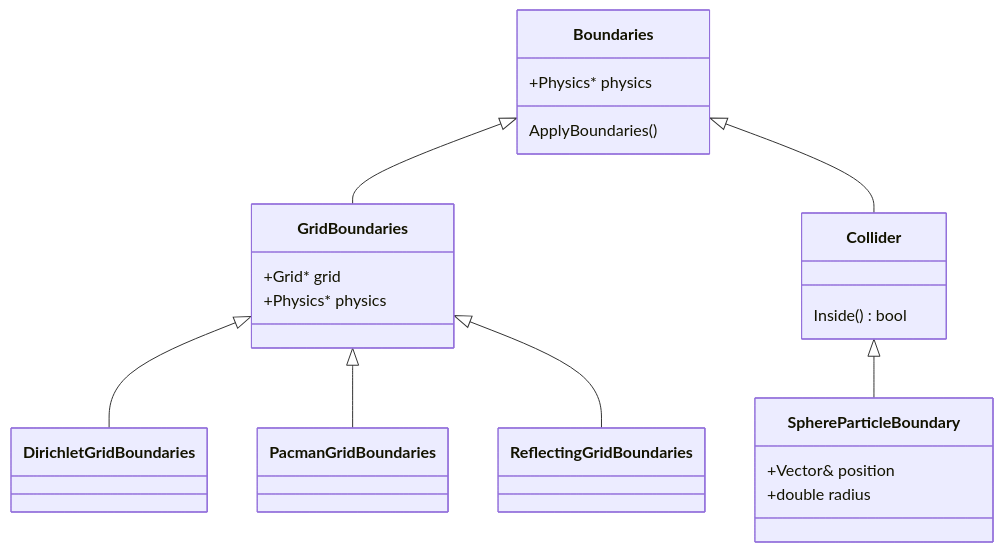
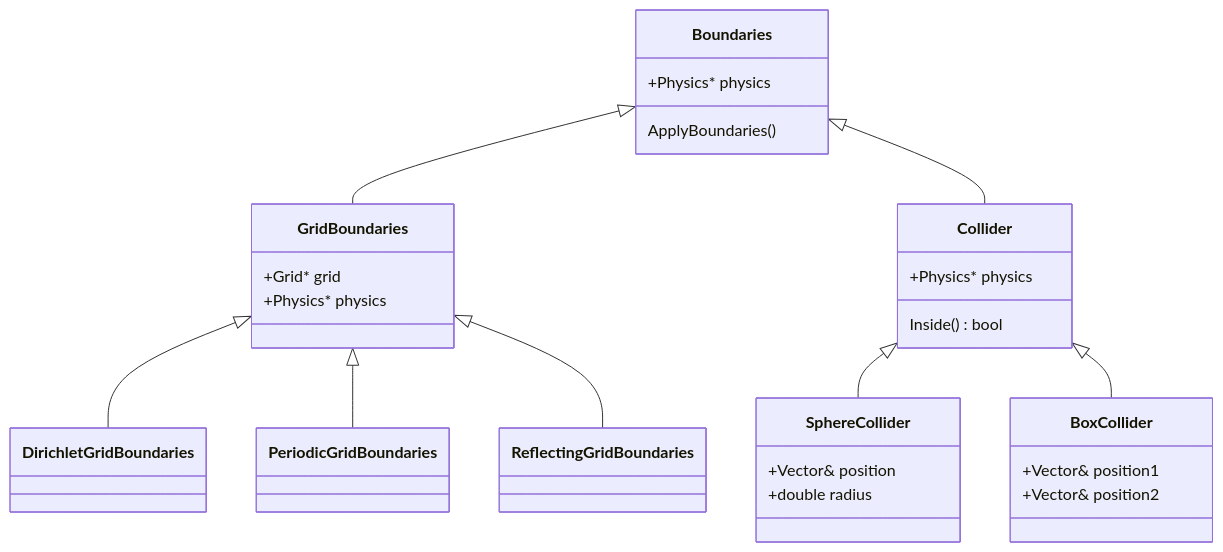
The diagram in src/Boundaries/Classes.md (antimatterhorn/nidhoggr), drawn with Mermaid before and after one commit. The commit also changed 2 other files, not shown here.

Commit message:
updating class diagrams

````diff
--- a/src/Boundaries/Classes.md
+++ b/src/Boundaries/Classes.md
@@ -1,24 +1,30 @@
 ```mermaid
 classDiagram
     Boundaries <|-- GridBoundaries
     Boundaries <|-- Collider
     GridBoundaries <|-- DirichletGridBoundaries
-    GridBoundaries <|-- PacmanGridBoundaries
+    GridBoundaries <|-- PeriodicGridBoundaries
     GridBoundaries <|-- ReflectingGridBoundaries
     class Boundaries{
         +Physics* physics
         ApplyBoundaries()
     }
     class GridBoundaries{
         +Grid* grid
         +Physics* physics
     }
     class Collider {
+        +Physics* physics
         Inside() bool
     }
-    Collider <|-- SphereParticleBoundary
-    class SphereParticleBoundary {
-        +Vector<dim>& position
+    Collider <|-- SphereCollider
+    class SphereCollider {
+        +Vector& position
         +double radius
     }
+    Collider <|-- BoxCollider
+    class BoxCollider {
+        +Vector& position1
+        +Vector& position2
+    }
 ```
````
